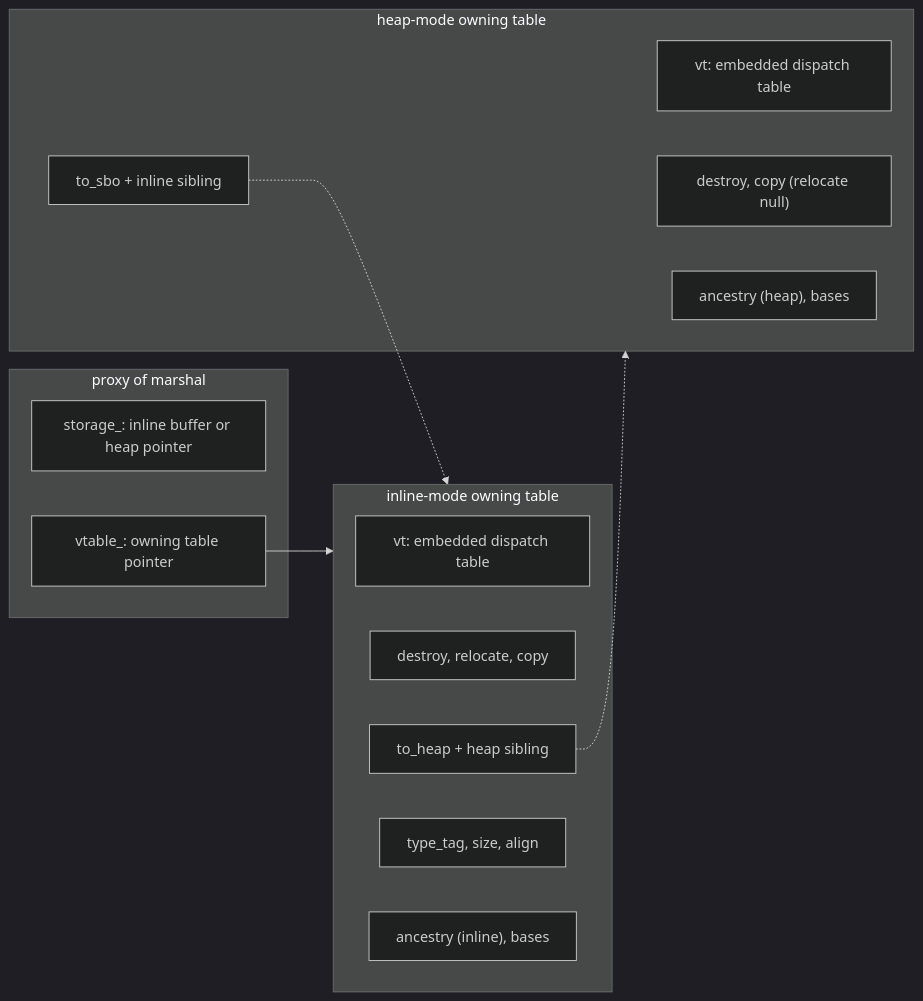
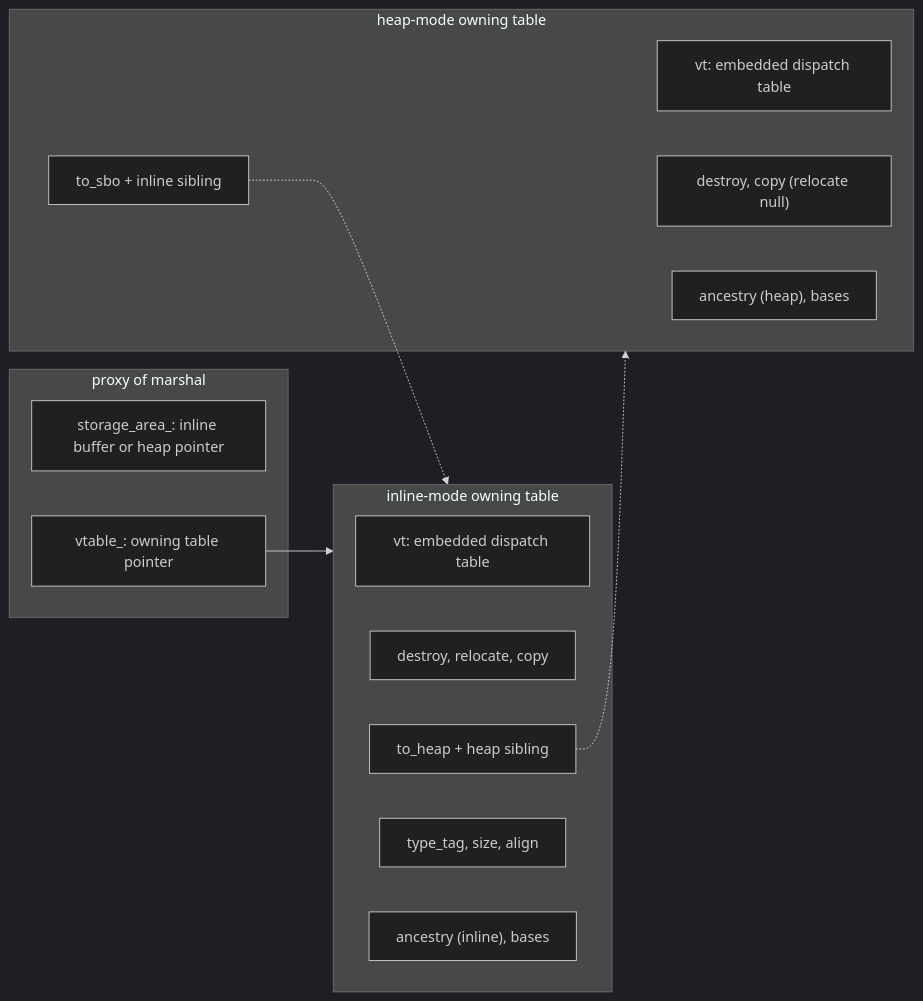
The sixth of 8 diagrams in corvid/meta/proxy.md (stevensudit/Corvid), drawn with Mermaid (dark theme) before and after one commit. The commit also changed other lines of this file and 7 other files, not shown here.

````diff
--- a/corvid/meta/proxy.md
+++ b/corvid/meta/proxy.md
@@ -1573,23 +1577,23 @@
 ```mermaid
 flowchart LR
     subgraph P["proxy of marshal"]
-        SB["storage_: inline buffer or heap pointer"]
+        SB["storage_area_: inline buffer or heap pointer"]
         VP2["vtable_: owning table pointer"]
     end
     subgraph OS["inline-mode owning table"]
         V1["vt: embedded dispatch table"]
         L1["destroy, relocate, copy"]
         X1["to_heap + heap sibling"]
         I1["type_tag, size, align"]
         N1["ancestry (inline), bases"]
     end
     subgraph OH["heap-mode owning table"]
         V2["vt: embedded dispatch table"]
         L2["destroy, copy (relocate null)"]
         X2["to_sbo + inline sibling"]
         N2["ancestry (heap), bases"]
     end
     VP2 --> OS
     X1 -.-> OH
     X2 -.-> OS
 ```
````
